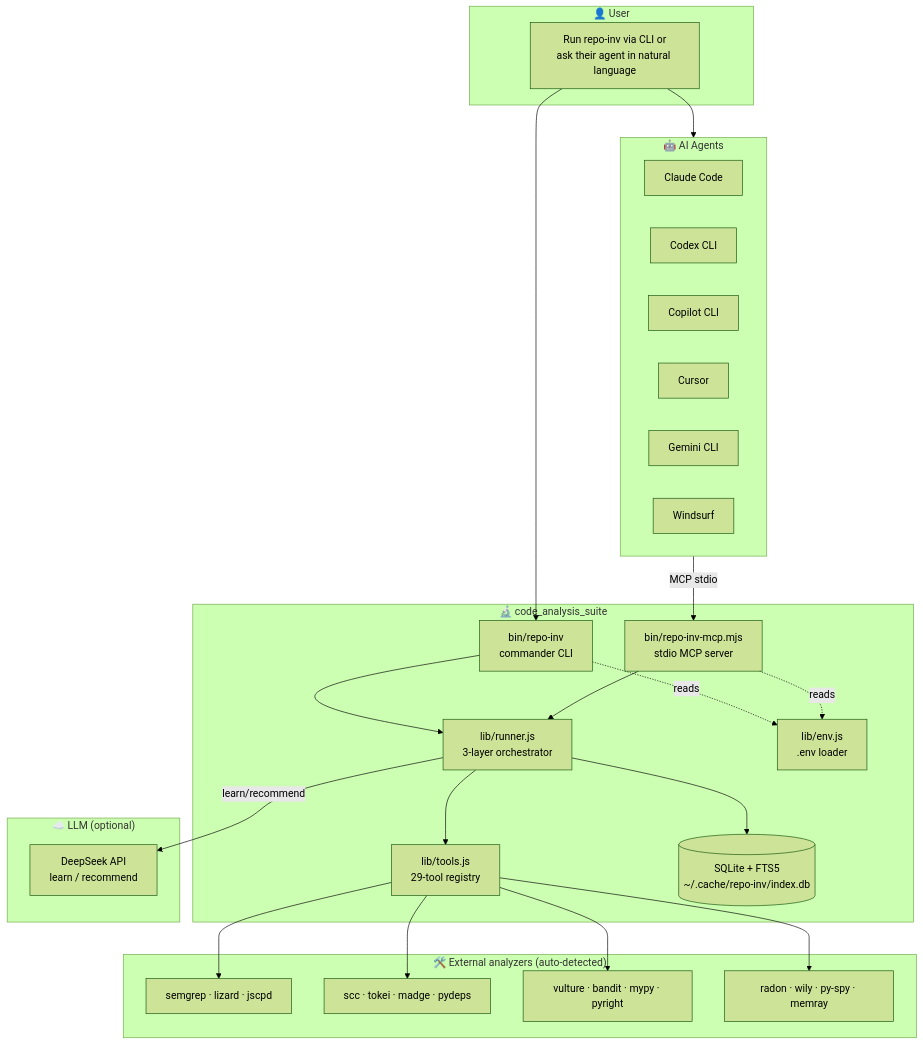
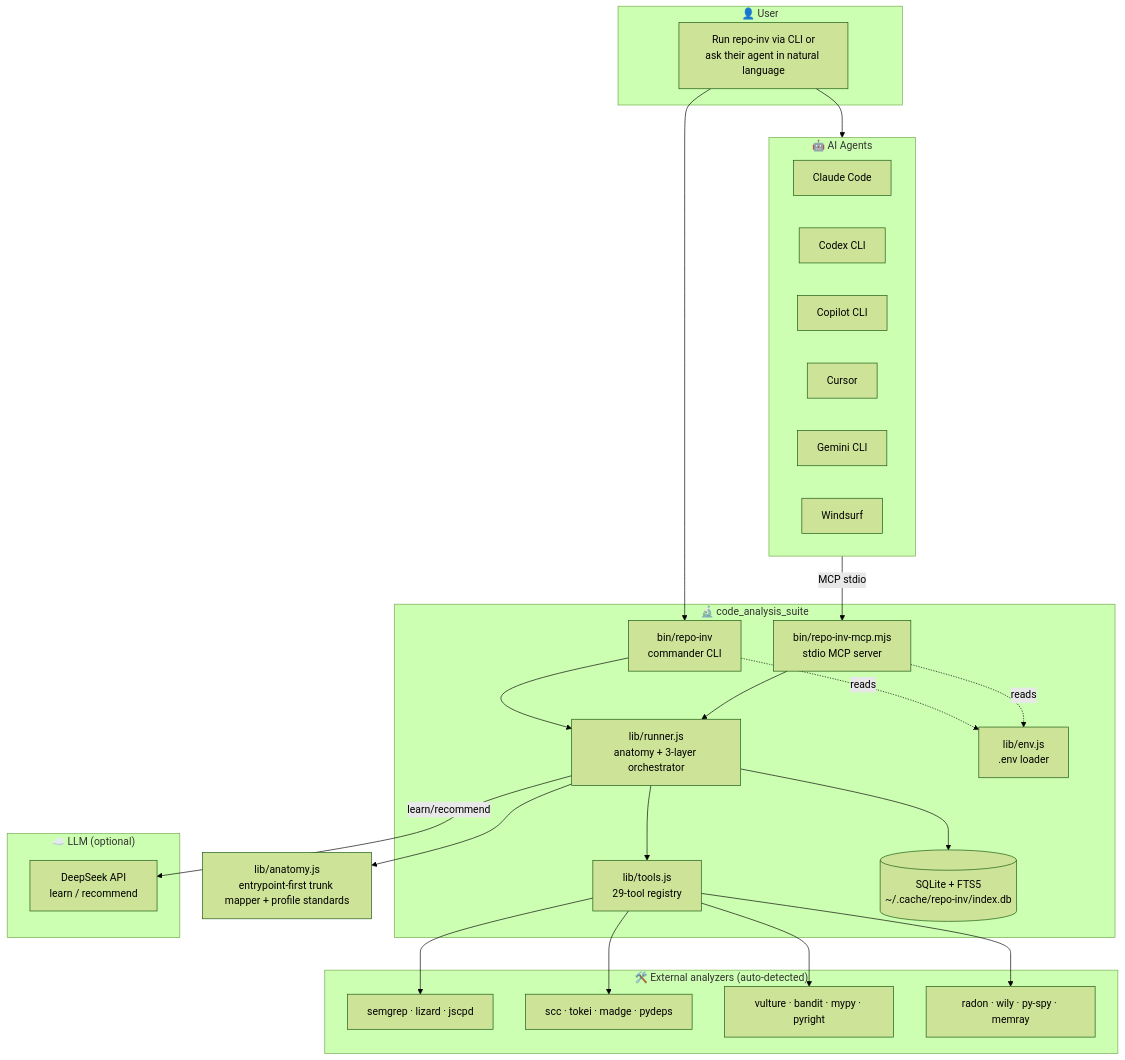
One commit to CHINGBOH/code-analysis-suite changed the first of 3 diagrams in docs/ARCHITECTURE.md. Above: the diagram before and after it, drawn with Mermaid (forest theme). The commit also changed other lines of this file and 13 other files, not shown here.

````diff
--- a/docs/ARCHITECTURE.md
+++ b/docs/ARCHITECTURE.md
@@ -7,47 +7,48 @@
 ```mermaid
 flowchart TB
     subgraph User["👤 User"]
         U[Run repo-inv via CLI or<br/>ask their agent in natural language]
     end
 
     subgraph Agents["🤖 AI Agents"]
         A1[Claude Code]
         A2[Codex CLI]
         A3[Copilot CLI]
         A4[Cursor]
         A5[Gemini CLI]
         A6[Windsurf]
     end
 
     subgraph Suite["🔬 code_analysis_suite"]
         CLI[bin/repo-inv<br/>commander CLI]
         MCP[bin/repo-inv-mcp.mjs<br/>stdio MCP server]
-        Runner[lib/runner.js<br/>3-layer orchestrator]
+        Runner[lib/runner.js<br/>anatomy + 3-layer orchestrator]
         Tools[lib/tools.js<br/>29-tool registry]
         DB[(SQLite + FTS5<br/>~/.cache/repo-inv/index.db)]
         Env[lib/env.js<br/>.env loader]
     end
 
     subgraph Externals["🛠️ External analyzers (auto-detected)"]
         T1[semgrep · lizard · jscpd]
         T2[scc · tokei · madge · pydeps]
         T3[vulture · bandit · mypy · pyright]
         T4[radon · wily · py-spy · memray]
     end
 
     subgraph LLM["☁️ LLM (optional)"]
         L1[DeepSeek API<br/>learn / recommend]
     end
 
     U --> CLI
     U --> Agents
     Agents -- MCP stdio --> MCP
     CLI --> Runner
     MCP --> Runner
-    Runner --> Tools
+    Runner --> Anatomy[lib/anatomy.js<br/>entrypoint-first trunk mapper + profile standards]
+        Runner --> Tools
     Tools --> T1 & T2 & T3 & T4
     Runner --> DB
     Runner -- learn/recommend --> L1
     CLI -.reads.-> Env
     MCP -.reads.-> Env
 ```
````
